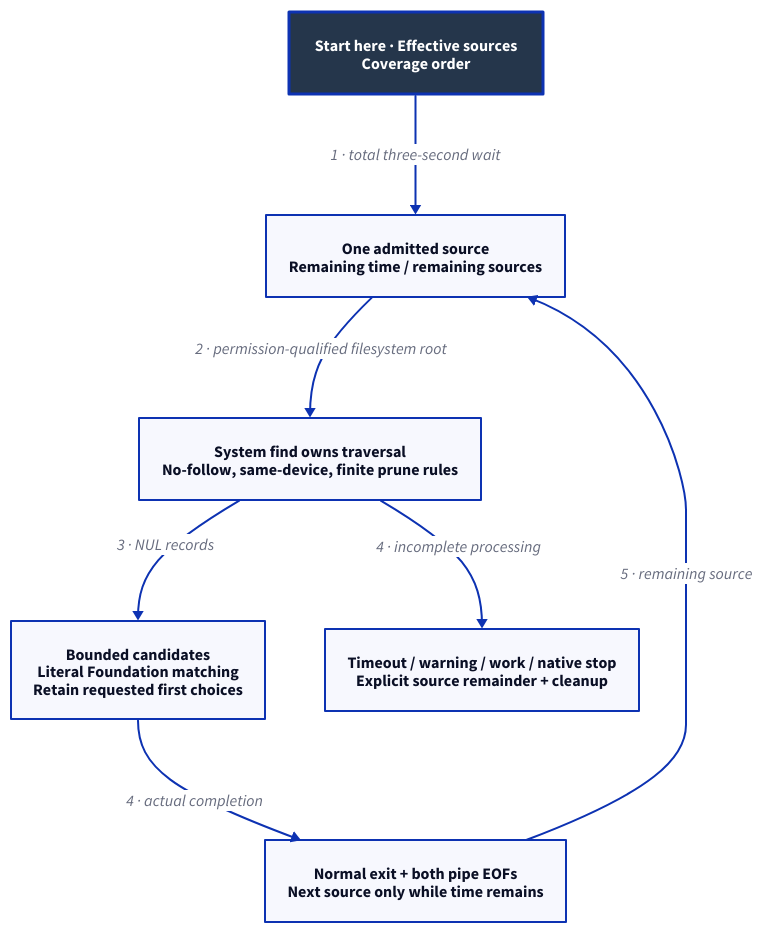
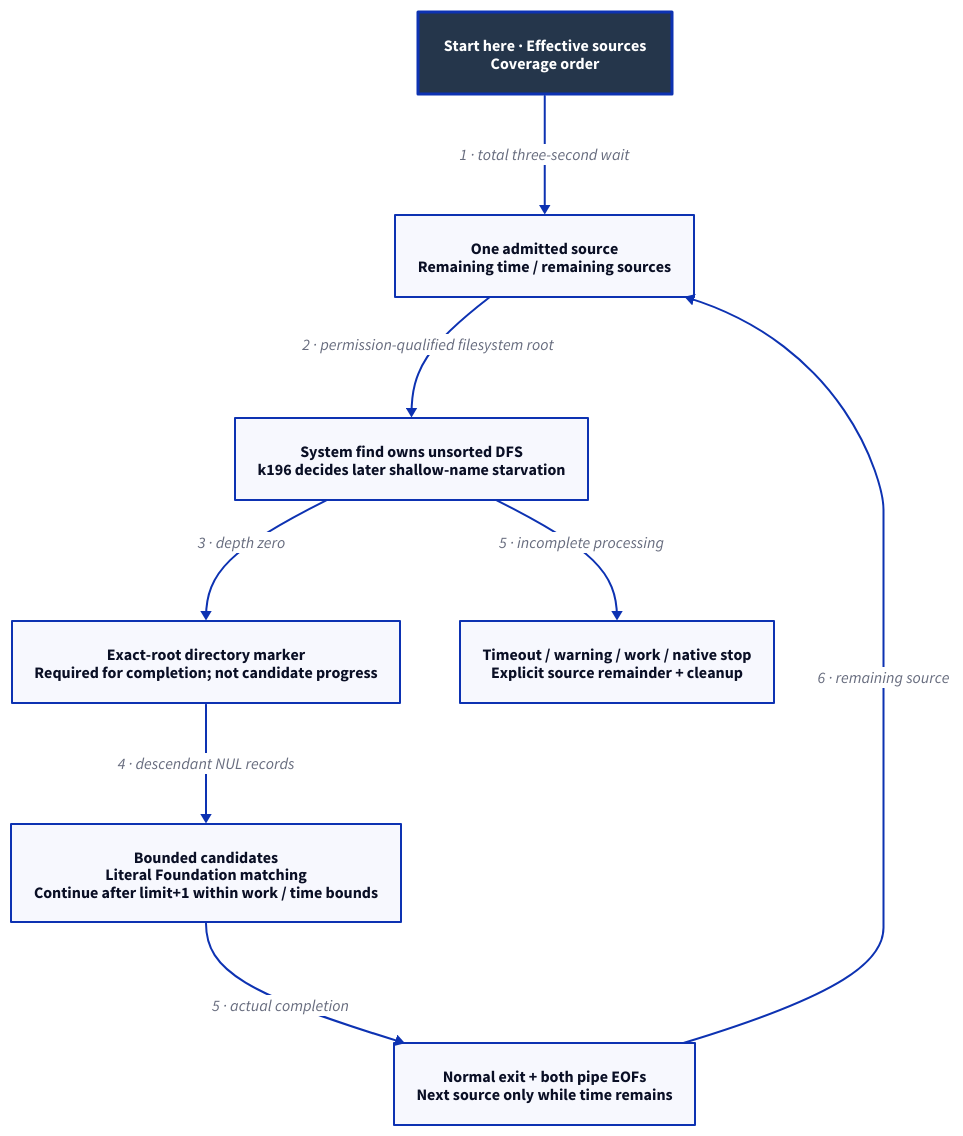
The diagram in docs/design/architecture/search-traversal.d2 (Linkuistics/Koine), drawn with D2 before and after one commit. The commit also changed 39 other files, not shown here.

```diff
--- a/docs/design/architecture/search-traversal.d2
+++ b/docs/design/architecture/search-traversal.d2
@@ -1,17 +1,19 @@
 # Selected mechanism, subject to human choices/review/native acceptance.
 direction: down
 classes: {
   start: {style: {fill: "#25364B"; font-color: "#FFFFFF"; bold: true; stroke-width: 3}}
 }
 Start: "Start here · Effective sources\nCoverage order" {class: start}
 Root: "One admitted source\nRemaining time / remaining sources"
-Find: "System find owns traversal\nNo-follow, same-device, finite prune rules"
-Records: "Bounded candidates\nLiteral Foundation matching\nRetain requested first choices"
+Find: "System find owns unsorted DFS\nk196 decides later shallow-name starvation"
+Marker: "Exact-root directory marker\nRequired for completion; not candidate progress"
+Records: "Bounded candidates\nLiteral Foundation matching\nContinue after limit+1 within work / time bounds"
 Next: "Normal exit + both pipe EOFs\nNext source only while time remains"
 Remainder: "Timeout / warning / work / native stop\nExplicit source remainder + cleanup"
 Start -> Root: "1 · total three-second wait"
 Root -> Find: "2 · permission-qualified filesystem root"
-Find -> Records: "3 · NUL records"
-Records -> Next: "4 · actual completion"
-Find -> Remainder: "4 · incomplete processing"
-Next -> Root: "5 · remaining source"
+Find -> Marker: "3 · depth zero"
+Marker -> Records: "4 · descendant NUL records"
+Records -> Next: "5 · actual completion"
+Find -> Remainder: "5 · incomplete processing"
+Next -> Root: "6 · remaining source"
```
